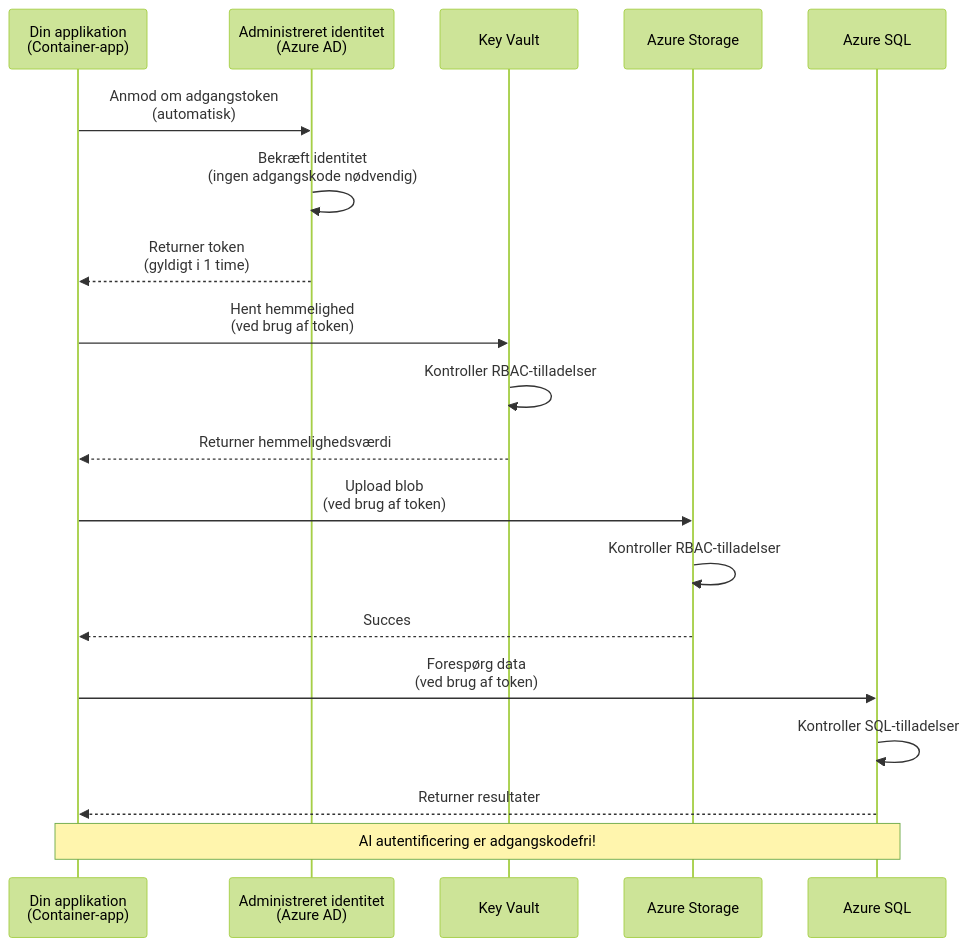
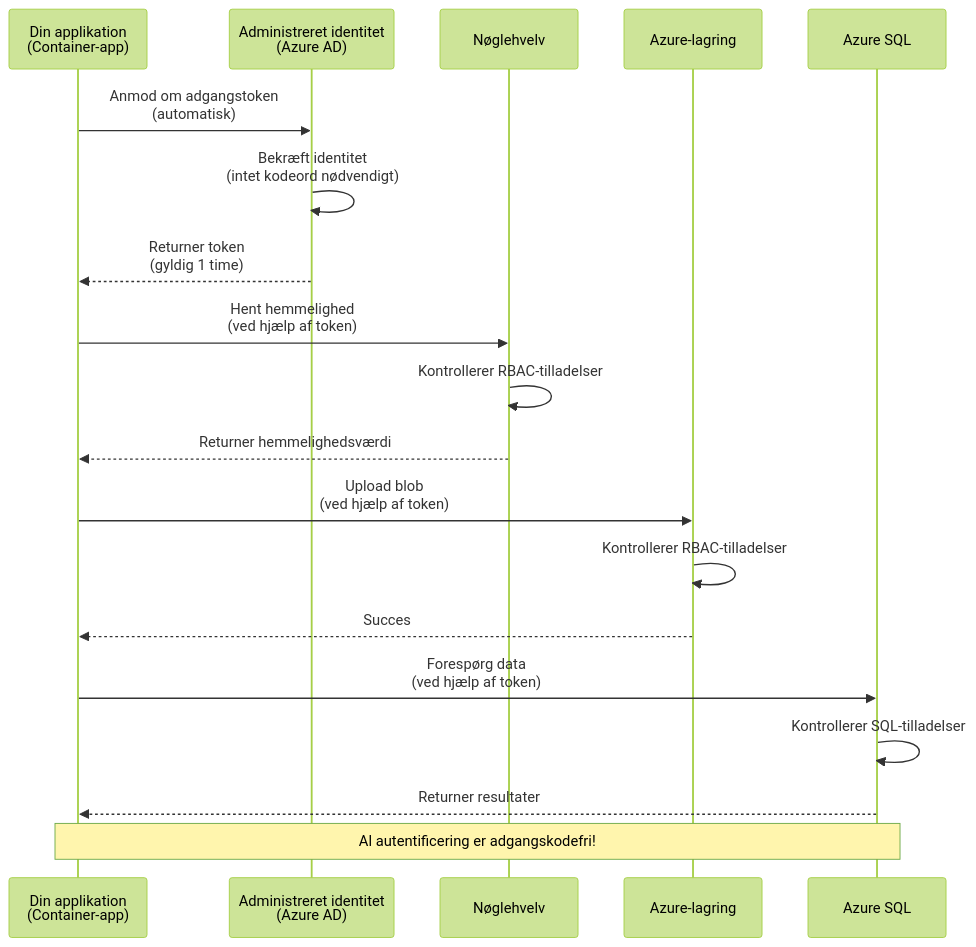
The first of 2 diagrams in translations/da/docs/chapter-03-configuration/authsecurity.md (microsoft/AZD-for-beginners), drawn with Mermaid (forest theme) before and after one commit. The commit also changed other lines of this file and 101 other files, not shown here.

````diff
--- a/translations/da/docs/chapter-03-configuration/authsecurity.md
+++ b/translations/da/docs/chapter-03-configuration/authsecurity.md
@@ -69,26 +69,26 @@
 ```mermaid
 sequenceDiagram
     participant App as Din applikation<br/>(Container-app)
     participant MI as Administreret identitet<br/>(Azure AD)
-    participant KV as Key Vault
-    participant Storage as Azure Storage
+    participant KV as Nøglehvelv
+    participant Storage as Azure-lagring
     participant DB as Azure SQL
     
     App->>MI: Anmod om adgangstoken<br/>(automatisk)
-    MI->>MI: Bekræft identitet<br/>(ingen adgangskode nødvendig)
-    MI-->>App: Returner token<br/>(gyldigt i 1 time)
+    MI->>MI: Bekræft identitet<br/>(intet kodeord nødvendigt)
+    MI-->>App: Returner token<br/>(gyldig 1 time)
     
-    App->>KV: Hent hemmelighed<br/>(ved brug af token)
-    KV->>KV: Kontroller RBAC-tilladelser
+    App->>KV: Hent hemmelighed<br/>(ved hjælp af token)
+    KV->>KV: Kontrollerer RBAC-tilladelser
     KV-->>App: Returner hemmelighedsværdi
     
-    App->>Storage: Upload blob<br/>(ved brug af token)
-    Storage->>Storage: Kontroller RBAC-tilladelser
+    App->>Storage: Upload blob<br/>(ved hjælp af token)
+    Storage->>Storage: Kontrollerer RBAC-tilladelser
     Storage-->>App: Succes
     
-    App->>DB: Forespørg data<br/>(ved brug af token)
-    DB->>DB: Kontroller SQL-tilladelser
+    App->>DB: Forespørg data<br/>(ved hjælp af token)
+    DB->>DB: Kontrollerer SQL-tilladelser
     DB-->>App: Returner resultater
     
     Note over App,DB: Al autentificering er adgangskodefri!
 ```
````
